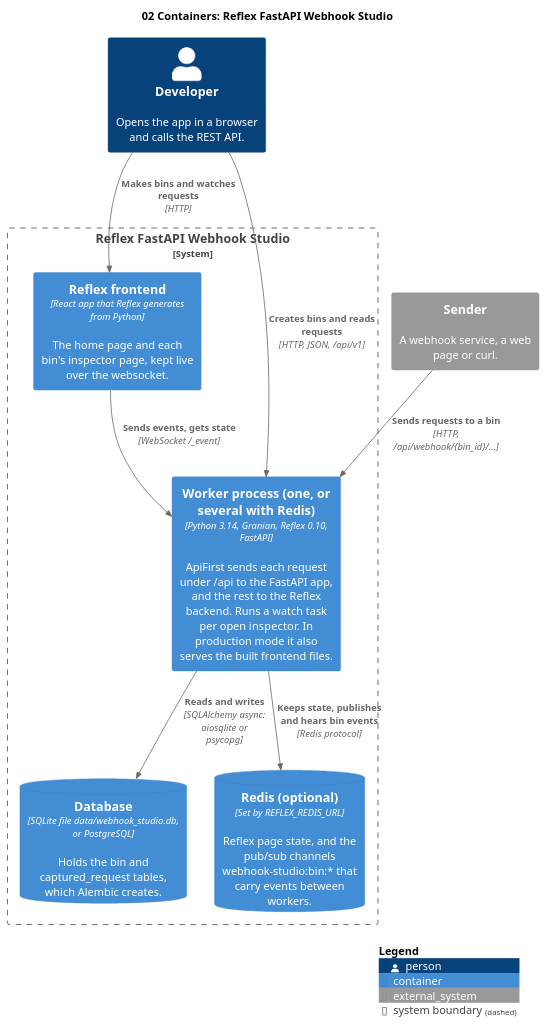
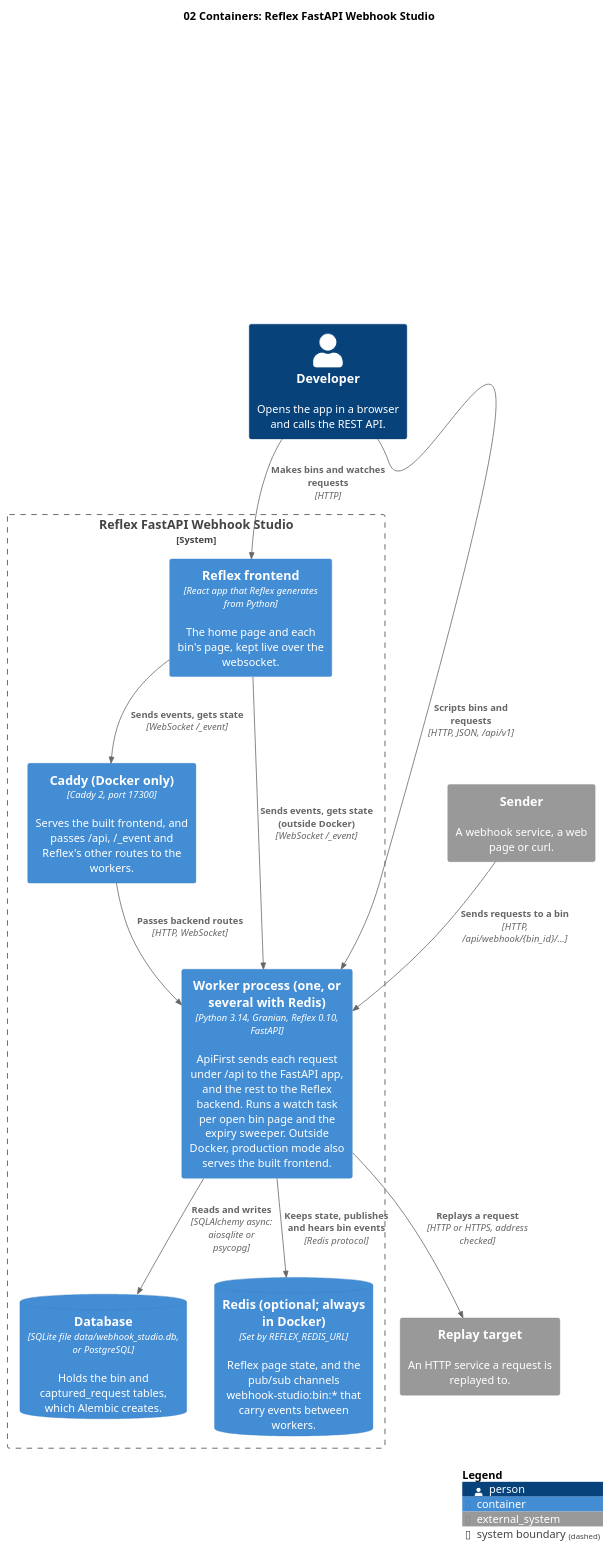
One commit to Nikhil-Raphy/reflex-fastapi-webhook-studio changed the diagram in docs/diagrams/02-c4-container.puml. Above: the diagram before and after it, drawn with PlantUML. The commit also changed 59 other files, not shown here.

```diff
--- a/docs/diagrams/02-c4-container.puml
+++ b/docs/diagrams/02-c4-container.puml
@@ -1,24 +1,29 @@
 @startuml 02-c4-container
 !include <C4/C4_Container>
 
 title 02 Containers: Reflex FastAPI Webhook Studio
 
 Person(developer, "Developer", "Opens the app in a browser and calls the REST API.")
 System_Ext(sender, "Sender", "A webhook service, a web page or curl.")
+System_Ext(target, "Replay target", "An HTTP service a request is replayed to.")
 
 System_Boundary(studio, "Reflex FastAPI Webhook Studio") {
-  Container(frontend, "Reflex frontend", "React app that Reflex generates from Python", "The home page and each bin's inspector page, kept live over the websocket.")
-  Container(worker, "Worker process (one, or several with Redis)", "Python 3.14, Granian, Reflex 0.10, FastAPI", "ApiFirst sends each request under /api to the FastAPI app, and the rest to the Reflex backend. Runs a watch task per open inspector. In production mode it also serves the built frontend files.")
+  Container(frontend, "Reflex frontend", "React app that Reflex generates from Python", "The home page and each bin's page, kept live over the websocket.")
+  Container(caddy, "Caddy (Docker only)", "Caddy 2, port 17300", "Serves the built frontend, and passes /api, /_event and Reflex's other routes to the workers.")
+  Container(worker, "Worker process (one, or several with Redis)", "Python 3.14, Granian, Reflex 0.10, FastAPI", "ApiFirst sends each request under /api to the FastAPI app, and the rest to the Reflex backend. Runs a watch task per open bin page and the expiry sweeper. Outside Docker, production mode also serves the built frontend.")
   ContainerDb(database, "Database", "SQLite file data/webhook_studio.db, or PostgreSQL", "Holds the bin and captured_request tables, which Alembic creates.")
-  ContainerDb(redis, "Redis (optional)", "Set by REFLEX_REDIS_URL", "Reflex page state, and the pub/sub channels webhook-studio:bin:* that carry events between workers.")
+  ContainerDb(redis, "Redis (optional; always in Docker)", "Set by REFLEX_REDIS_URL", "Reflex page state, and the pub/sub channels webhook-studio:bin:* that carry events between workers.")
 }
 
 Rel(developer, frontend, "Makes bins and watches requests", "HTTP")
-Rel(frontend, worker, "Sends events, gets state", "WebSocket /_event")
-Rel(developer, worker, "Creates bins and reads requests", "HTTP, JSON, /api/v1")
+Rel(frontend, caddy, "Sends events, gets state", "WebSocket /_event")
+Rel(caddy, worker, "Passes backend routes", "HTTP, WebSocket")
+Rel(frontend, worker, "Sends events, gets state (outside Docker)", "WebSocket /_event")
+Rel(developer, worker, "Scripts bins and requests", "HTTP, JSON, /api/v1")
 Rel(sender, worker, "Sends requests to a bin", "HTTP, /api/webhook/{bin_id}/...")
+Rel(worker, target, "Replays a request", "HTTP or HTTPS, address checked")
 Rel(worker, database, "Reads and writes", "SQLAlchemy async: aiosqlite or psycopg")
 Rel(worker, redis, "Keeps state, publishes and hears bin events", "Redis protocol")
 
 SHOW_LEGEND()
 @enduml
```
